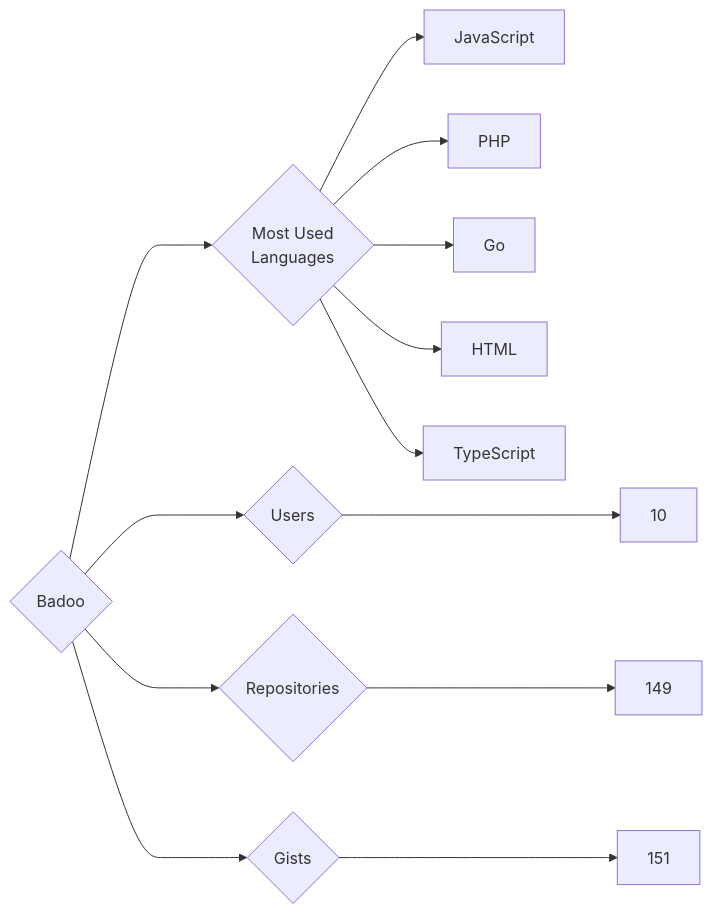
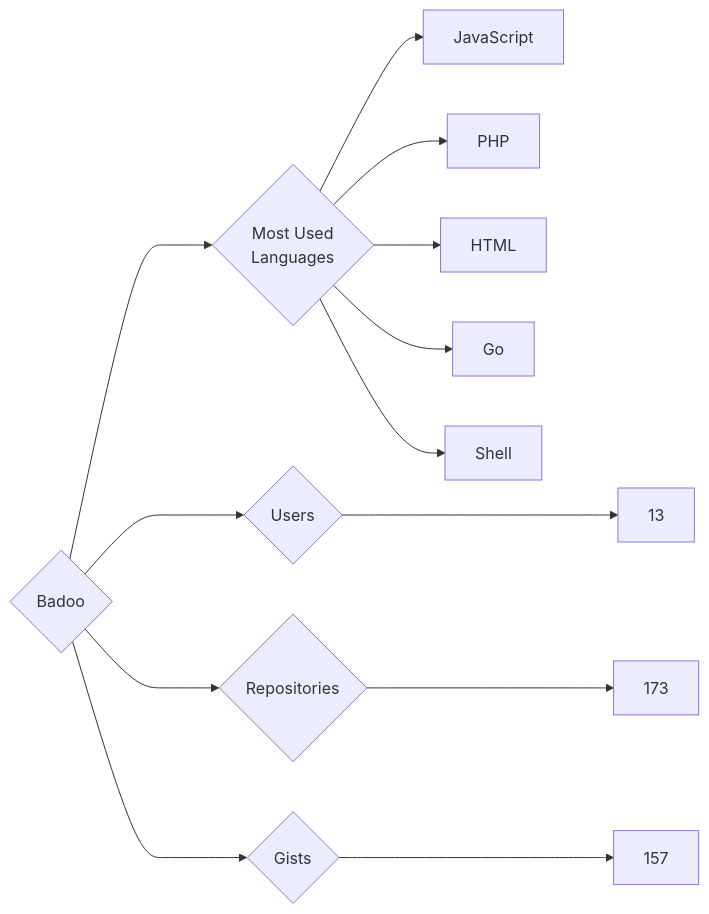
The diagram in targets/Badoo/README.md (trickest/insiders), drawn with Mermaid before and after one commit. The commit also changed 714 other files, not shown here.

````diff
--- a/targets/Badoo/README.md
+++ b/targets/Badoo/README.md
@@ -3,13 +3,13 @@
 ```mermaid
 graph LR
 COMPANY_NAME{Badoo}
-COMPANY_NAME ---> U{Users} ---> UN[10]
-COMPANY_NAME ---> R{Repositories} ---> RN[149]
-COMPANY_NAME ---> G{Gists} ---> GN[151]
+COMPANY_NAME ---> U{Users} ---> UN[13]
+COMPANY_NAME ---> R{Repositories} ---> RN[173]
+COMPANY_NAME ---> G{Gists} ---> GN[157]
 COMPANY_NAME ---> ML{Most Used<br>Languages}
 ML --> JavaScript[JavaScript]
 ML --> PHP[PHP]
+ML --> HTML[HTML]
 ML --> Go[Go]
-ML --> HTML[HTML]
-ML --> TypeScript[TypeScript]
+ML --> Shell[Shell]
 ```
````
